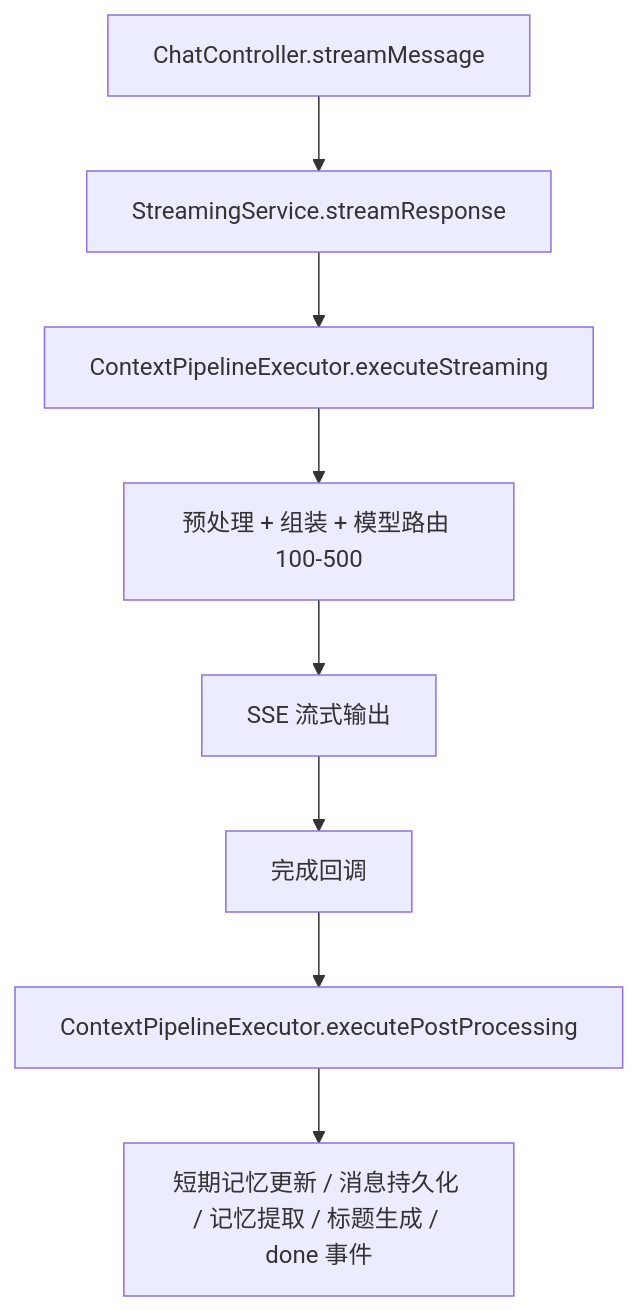
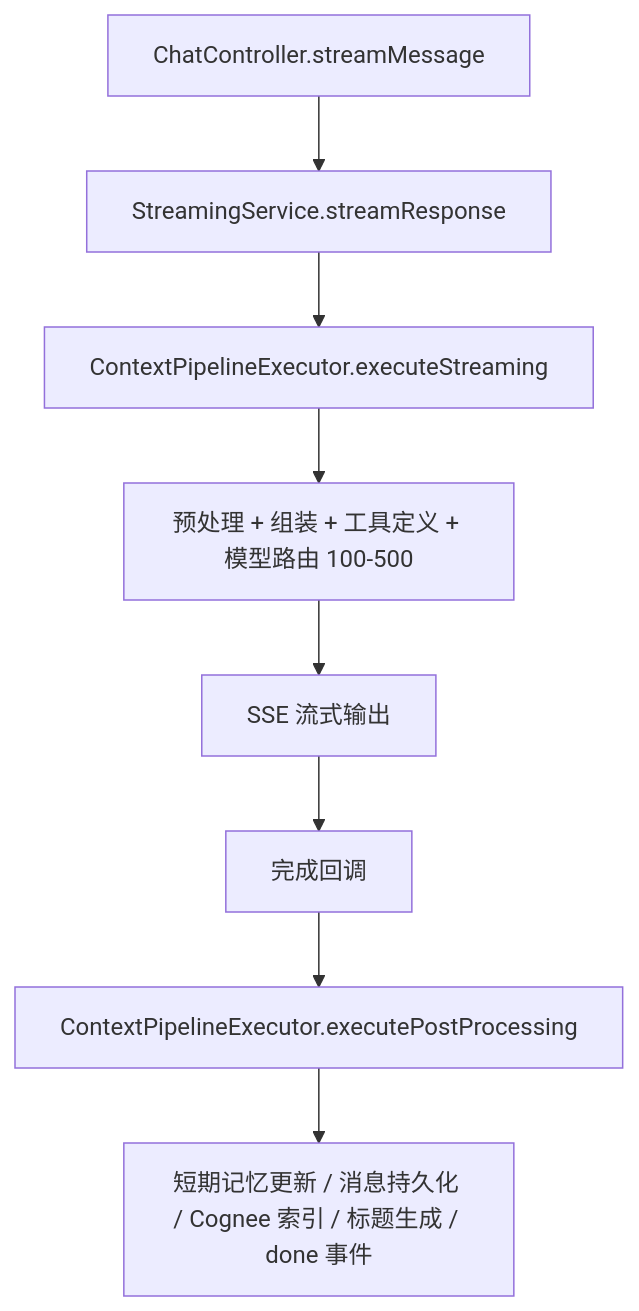
The second of 5 diagrams in backend/docs/backend-codebase-map.md (SunKyle/KChat), drawn with Mermaid before and after one commit. The commit also changed other lines of this file and 17 other files, not shown here.

````diff
--- a/backend/docs/backend-codebase-map.md
+++ b/backend/docs/backend-codebase-map.md
@@ -66,10 +67,10 @@
 ```mermaid
 flowchart TD
   A[ChatController.streamMessage] --> B[StreamingService.streamResponse]
   B --> C[ContextPipelineExecutor.executeStreaming]
-  C --> D[预处理 + 组装 + 模型路由 100-500]
+  C --> D[预处理 + 组装 + 工具定义 + 模型路由 100-500]
   D --> E[SSE 流式输出]
   E --> F[完成回调]
   F --> G[ContextPipelineExecutor.executePostProcessing]
-  G --> H[短期记忆更新 / 消息持久化 / 记忆提取 / 标题生成 / done 事件]
+  G --> H[短期记忆更新 / 消息持久化 / Cognee 索引 / 标题生成 / done 事件]
 ```
````
